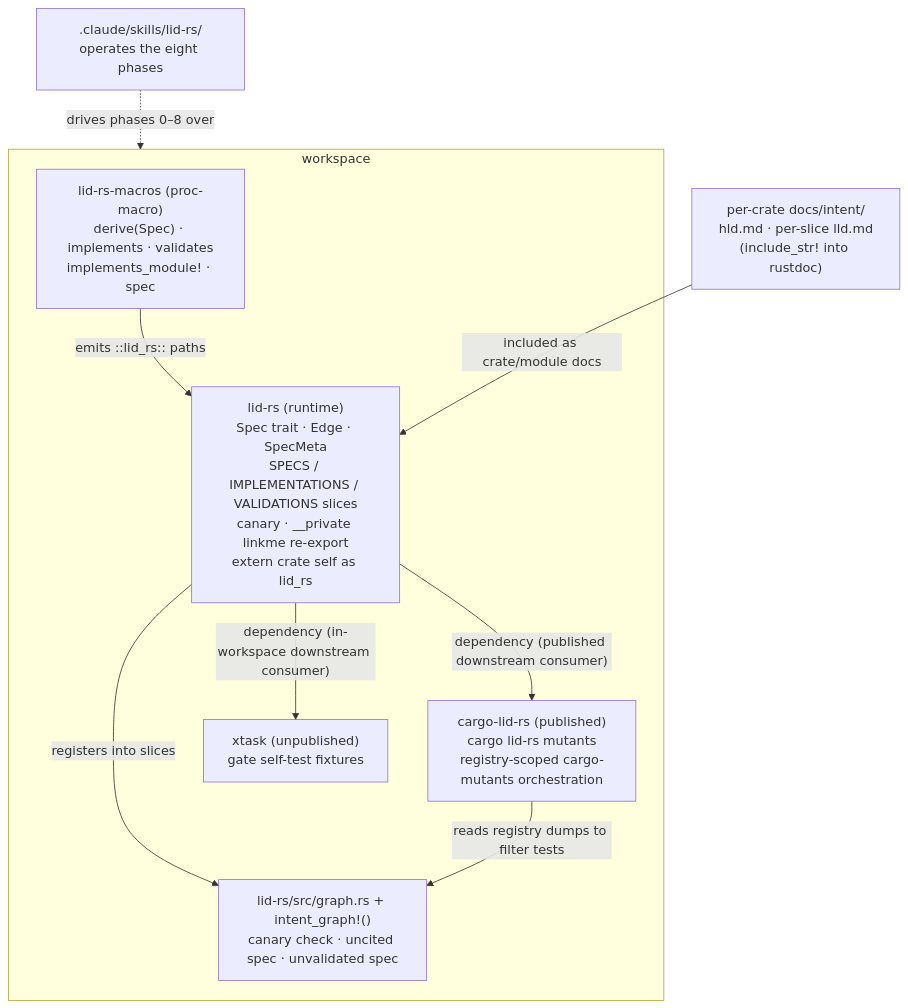
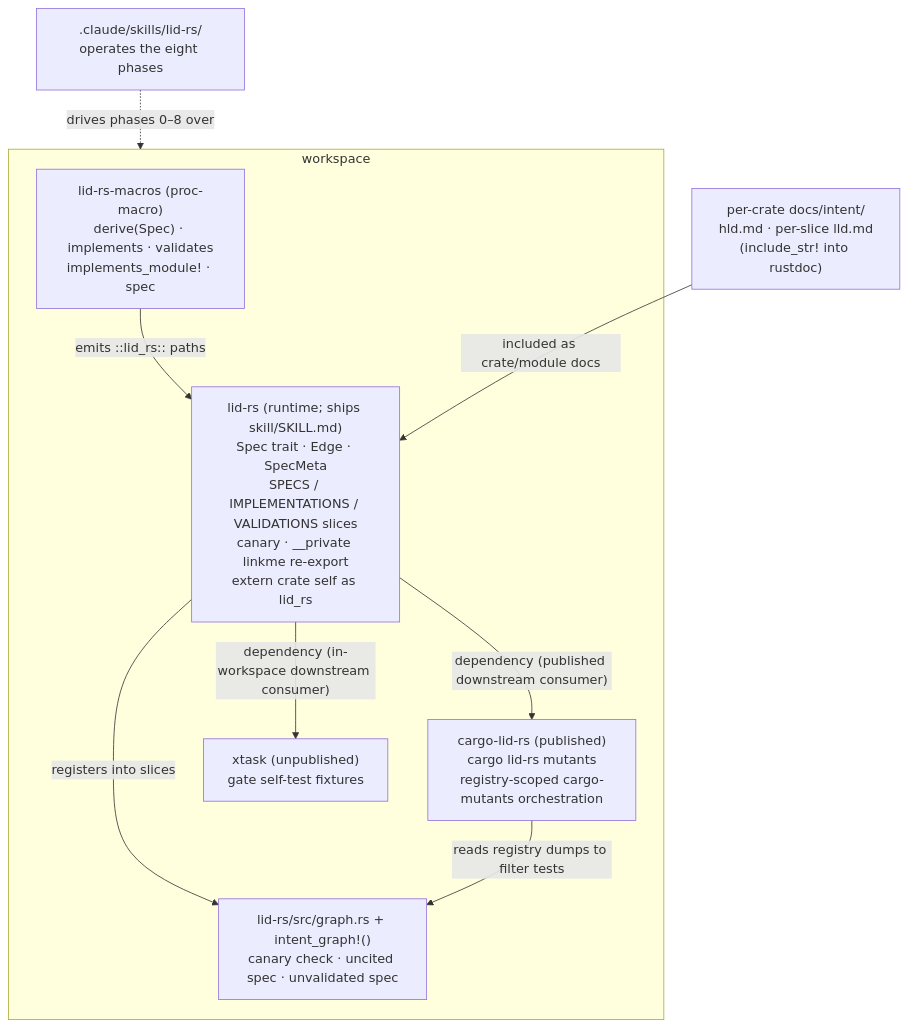
The diagram in lid-rs/docs/intent/hld.md (bradvoth/lid-rs), drawn with Mermaid before and after one commit. The commit also changed other lines of this file and 21 other files, not shown here.

First line of the commit message:
0.2.0: the skill ships in lid-rs and syncs from the dependency; where discipline slips

````diff
--- a/lid-rs/docs/intent/hld.md
+++ b/lid-rs/docs/intent/hld.md
@@ -115,20 +115,20 @@
 ```mermaid
 graph TD
     subgraph workspace
         MACROS["lid-rs-macros (proc-macro)\nderive(Spec) · implements · validates\nimplements_module! · spec"]
-        LID["lid-rs (runtime)\nSpec trait · Edge · SpecMeta\nSPECS / IMPLEMENTATIONS / VALIDATIONS slices\ncanary · __private linkme re-export\nextern crate self as lid_rs"]
+        LID["lid-rs (runtime; ships skill/SKILL.md)\nSpec trait · Edge · SpecMeta\nSPECS / IMPLEMENTATIONS / VALIDATIONS slices\ncanary · __private linkme re-export\nextern crate self as lid_rs"]
         CARGO["cargo-lid-rs (published)\ncargo lid-rs mutants\nregistry-scoped cargo-mutants orchestration"]
         XTASK["xtask (unpublished)\ngate self-test fixtures"]
         GRAPH["lid-rs/src/graph.rs + intent_graph!()\ncanary check · uncited spec · unvalidated spec"]
     end
     SKILL[".claude/skills/lid-rs/\noperates the eight phases"]
     DOCS["per-crate docs/intent/\nhld.md · per-slice lld.md\n(include_str! into rustdoc)"]
 
     MACROS -->|"emits ::lid_rs:: paths"| LID
     LID -->|"registers into slices"| GRAPH
     LID -->|"dependency (published downstream consumer)"| CARGO
     LID -->|"dependency (in-workspace downstream consumer)"| XTASK
     CARGO -->|"reads registry dumps to filter tests"| GRAPH
     DOCS -->|"included as crate/module docs"| LID
     SKILL -.->|"drives phases 0–8 over"| workspace
 ```
````
